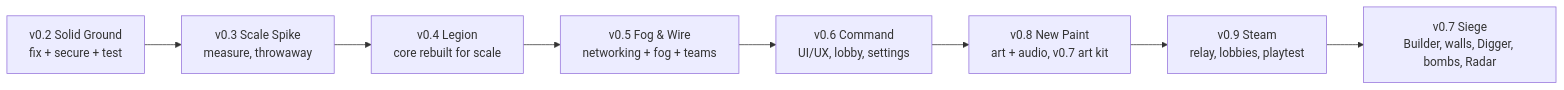
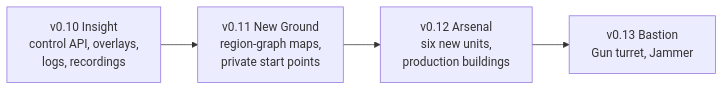
Before and after one commit to CoolCoder353/WAR-2D: the diagram in docs/roadmap.md, drawn with Mermaid. The commit also changed other lines of this file and 88 other files, not shown here.

First line of the commit message:
Archive the v0.2-v0.9 roadmap and plan v0.10 to v0.13

````diff
--- a/docs/roadmap.md
+++ b/docs/roadmap.md
@@ -53,10 +22,6 @@
 ```mermaid
 flowchart LR
-    v02[v0.2 Solid Ground<br/>fix + secure + test] --> v03[v0.3 Scale Spike<br/>measure, throwaway]
-    v03 --> v04[v0.4 Legion<br/>core rebuilt for scale]
-    v04 --> v05[v0.5 Fog & Wire<br/>networking + fog + teams]
-    v05 --> v06[v0.6 Command<br/>UI/UX, lobby, settings]
-    v06 --> v08[v0.8 New Paint<br/>art + audio, v0.7 art kit]
-    v08 --> v09[v0.9 Steam<br/>relay, lobbies, playtest]
-    v09 --> v07[v0.7 Siege<br/>Builder, walls, Digger, bombs, Radar]
+    v010[v0.10 Insight<br/>control API, overlays,<br/>logs, recordings] --> v011[v0.11 New Ground<br/>region-graph maps,<br/>private start points]
+    v011 --> v012[v0.12 Arsenal<br/>six new units,<br/>production buildings]
+    v012 --> v013[v0.13 Bastion<br/>Gun turret, Jammer]
 ```
````
